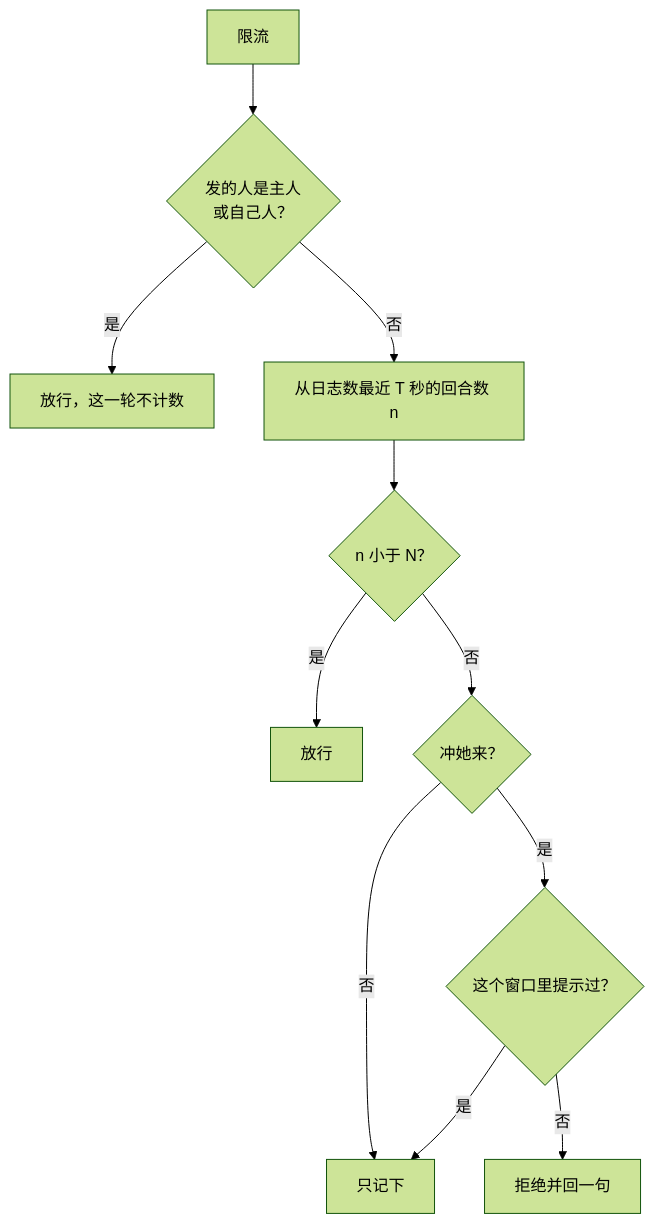
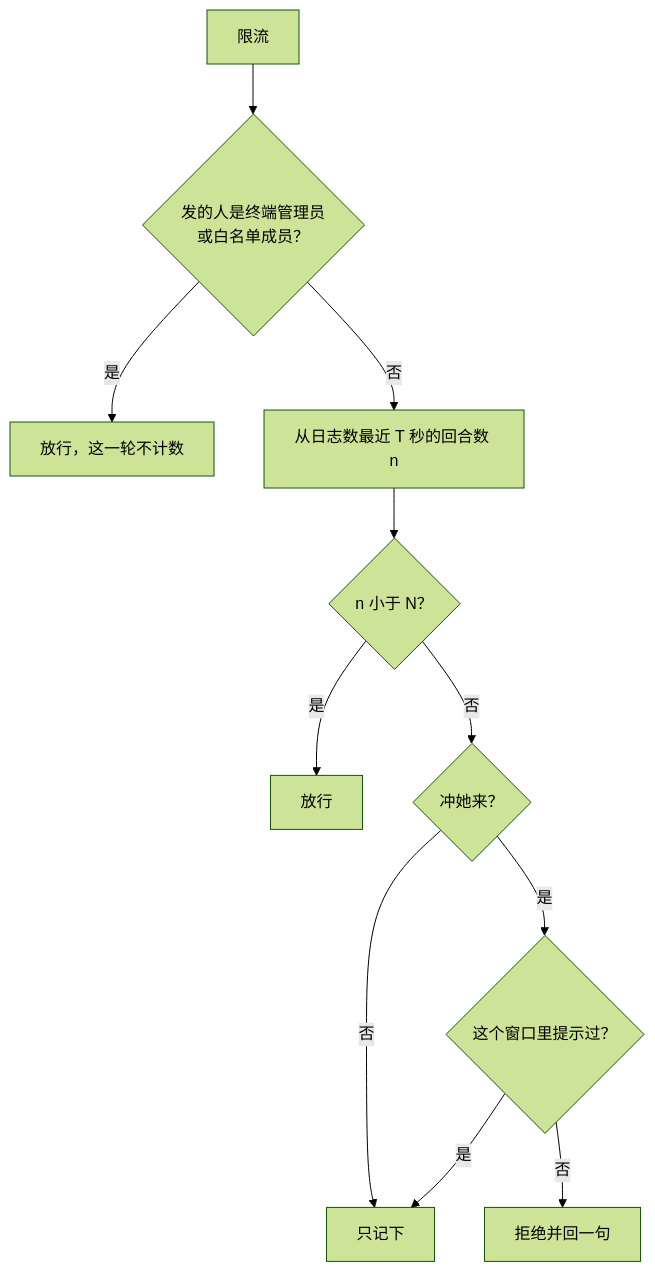
One commit to SHORiN-KiWATA/miyu-agent-remake changed the second of 6 diagrams in docs/designs/18-通讯平台.md. Above: the diagram before and after it, drawn with Mermaid (forest theme). The commit also changed other lines of this file and 72 other files, not shown here.

````diff
--- a/docs/designs/18-通讯平台.md
+++ b/docs/designs/18-通讯平台.md
@@ -255,13 +257,13 @@
 ```mermaid
 flowchart TB
-    in["限流"] --> ex{"发的人是主人<br/>或自己人？"}
+    in["限流"] --> ex{"发的人是终端管理员<br/>或白名单成员？"}
     ex -- "是" --> pass["放行，这一轮不计数"]
     ex -- "否" --> cnt["从日志数最近 T 秒的回合数 n"]
     cnt --> full{"n 小于 N？"}
     full -- "是" --> pass2["放行"]
     full -- "否" --> addr{"冲她来？"}
     addr -- "否" --> rec["只记下"]
     addr -- "是" --> warned{"这个窗口里提示过？"}
     warned -- "是" --> rec
     warned -- "否" --> note["拒绝并回一句"]
 ```
````
